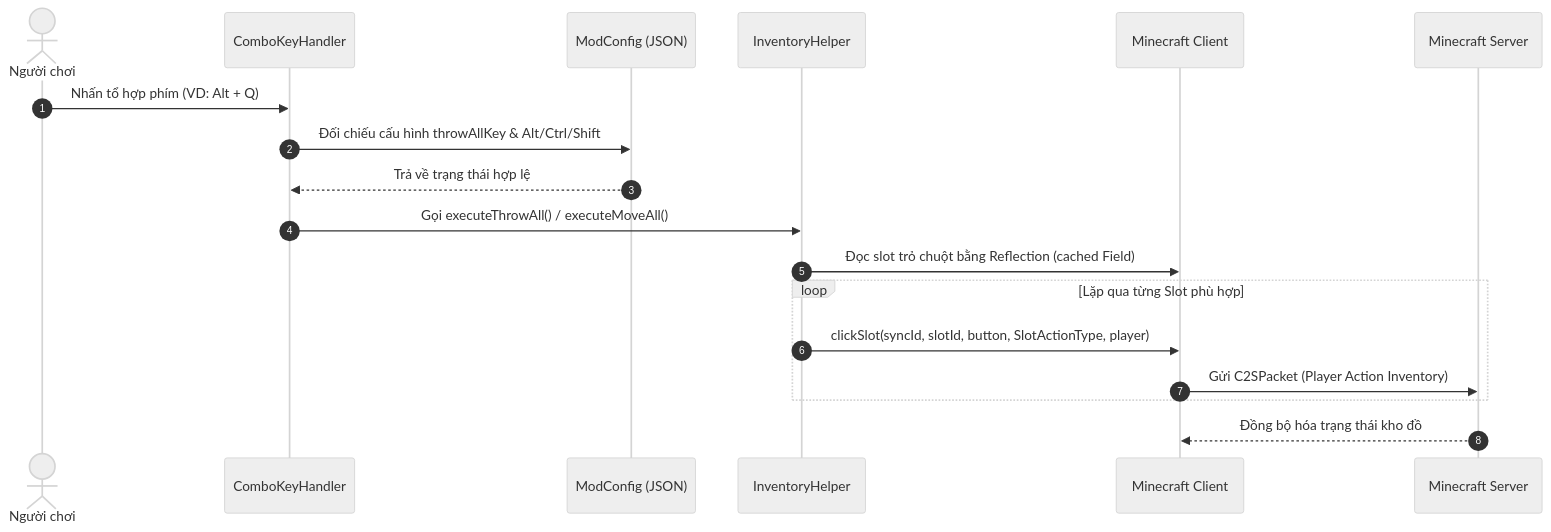
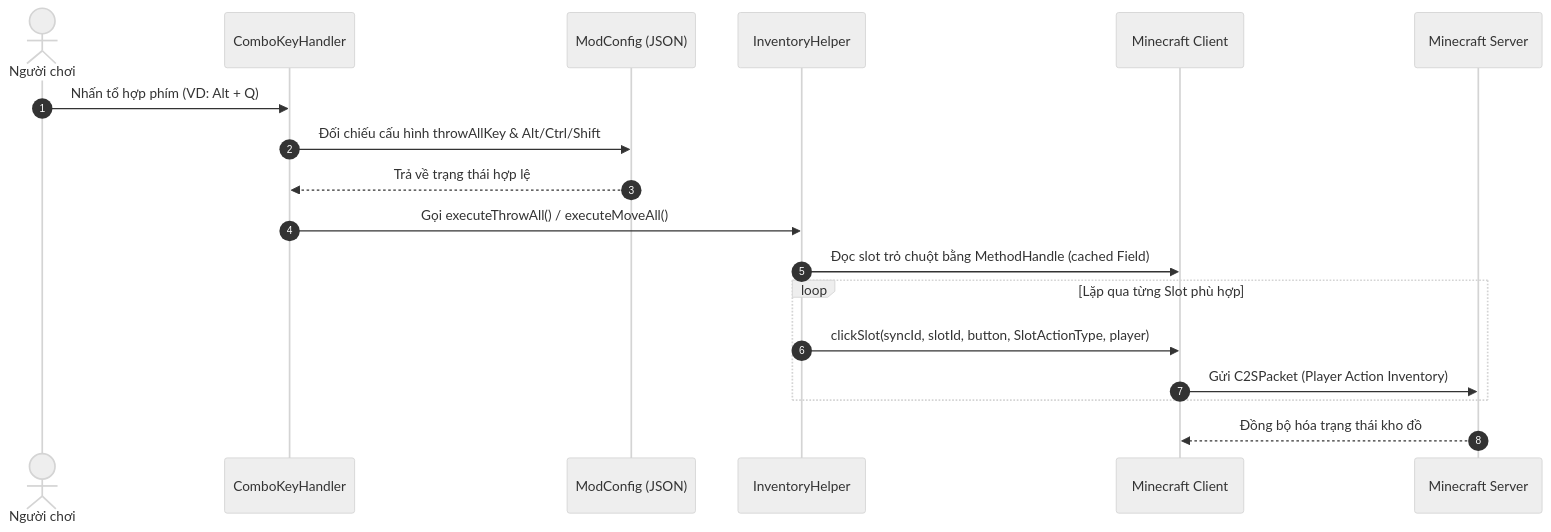
The second of 3 diagrams in docs/architecture.md (CodeingOver/ThrowAllMoveAll), drawn with Mermaid (neutral theme) before and after one commit. The commit also changed other lines of this file and 53 other files, not shown here.

````diff
--- a/docs/architecture.md
+++ b/docs/architecture.md
@@ -109,21 +115,21 @@
 ```mermaid
 sequenceDiagram
     autonumber
     actor Player as Người chơi
     participant CK as ComboKeyHandler
     participant CFG as ModConfig (JSON)
     participant IH as InventoryHelper
     participant MC as Minecraft Client
     participant SVR as Minecraft Server
 
     Player->>CK: Nhấn tổ hợp phím (VD: Alt + Q)
     CK->>CFG: Đối chiếu cấu hình throwAllKey & Alt/Ctrl/Shift
     CFG-->>CK: Trả về trạng thái hợp lệ
     CK->>IH: Gọi executeThrowAll() / executeMoveAll()
-    IH->>MC: Đọc slot trỏ chuột bằng Reflection (cached Field)
+    IH->>MC: Đọc slot trỏ chuột bằng MethodHandle (cached Field)
     loop Lặp qua từng Slot phù hợp
         IH->>MC: clickSlot(syncId, slotId, button, SlotActionType, player)
         MC->>SVR: Gửi C2SPacket (Player Action Inventory)
     end
     SVR-->>MC: Đồng bộ hóa trạng thái kho đồ
 ```
````
